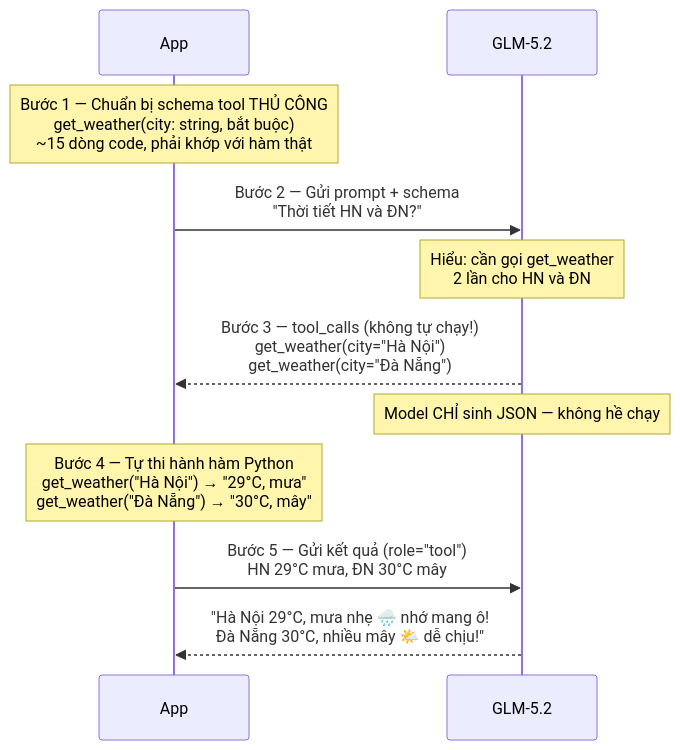
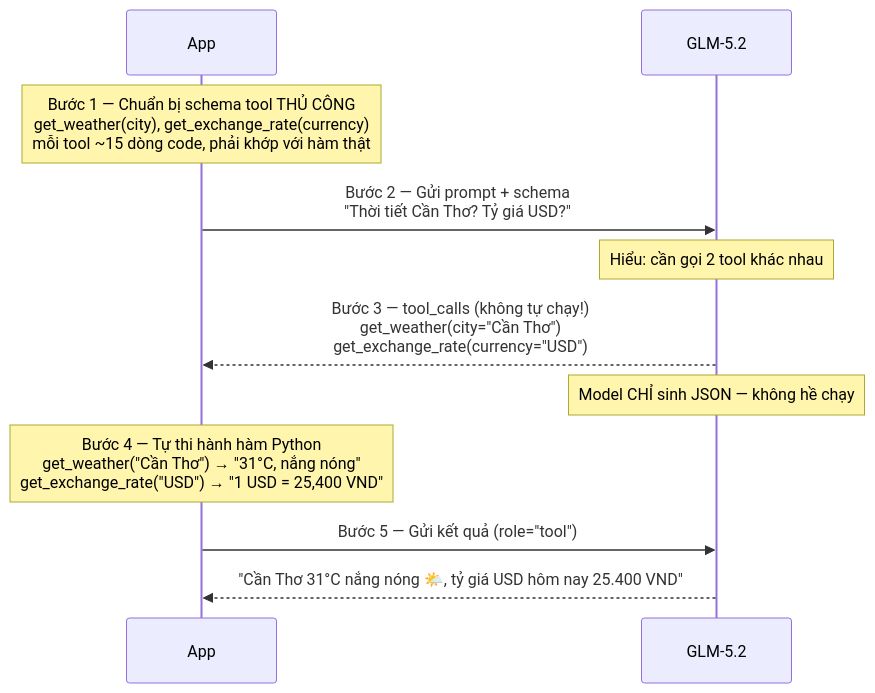
Before and after one commit to Aohkne/LLm-Tool-Calling-Compare: the third of 3 diagrams in 01-function-calling/README.md, drawn with Mermaid. The commit also changed other lines of this file and 7 other files, not shown here.

````diff
--- a/01-function-calling/README.md
+++ b/01-function-calling/README.md
@@ -66,18 +66,18 @@
 ```mermaid
 sequenceDiagram
     participant App
     participant M as GLM-5.2
 
-    Note over App: Bước 1 — Chuẩn bị schema tool THỦ CÔNG<br/>get_weather(city: string, bắt buộc)<br/>~15 dòng code, phải khớp với hàm thật
+    Note over App: Bước 1 — Chuẩn bị schema tool THỦ CÔNG<br/>get_weather(city), get_exchange_rate(currency)<br/>mỗi tool ~15 dòng code, phải khớp với hàm thật
 
-    App->>M: Bước 2 — Gửi prompt + schema<br/>"Thời tiết HN và ĐN?"
-    Note over M: Hiểu: cần gọi get_weather<br/>2 lần cho HN và ĐN
+    App->>M: Bước 2 — Gửi prompt + schema<br/>"Thời tiết Cần Thơ? Tỷ giá USD?"
+    Note over M: Hiểu: cần gọi 2 tool khác nhau
 
-    M-->>App: Bước 3 — tool_calls (không tự chạy!)<br/>get_weather(city="Hà Nội")<br/>get_weather(city="Đà Nẵng")
+    M-->>App: Bước 3 — tool_calls (không tự chạy!)<br/>get_weather(city="Cần Thơ")<br/>get_exchange_rate(currency="USD")
     Note over M: Model CHỈ sinh JSON — không hề chạy
 
-    Note over App: Bước 4 — Tự thi hành hàm Python<br/>get_weather("Hà Nội") → "29°C, mưa"<br/>get_weather("Đà Nẵng") → "30°C, mây"
+    Note over App: Bước 4 — Tự thi hành hàm Python<br/>get_weather("Cần Thơ") → "31°C, nắng nóng"<br/>get_exchange_rate("USD") → "1 USD = 25,400 VND"
 
-    App->>M: Bước 5 — Gửi kết quả (role="tool")<br/>HN 29°C mưa, ĐN 30°C mây
-    M-->>App: "Hà Nội 29°C, mưa nhẹ 🌧️ nhớ mang ô!<br/>Đà Nẵng 30°C, nhiều mây 🌤️ dễ chịu!"
+    App->>M: Bước 5 — Gửi kết quả (role="tool")
+    M-->>App: "Cần Thơ 31°C nắng nóng 🌤️, tỷ giá USD hôm nay 25.400 VND"
 ```
````
